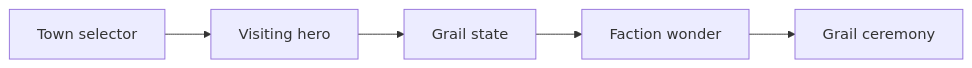
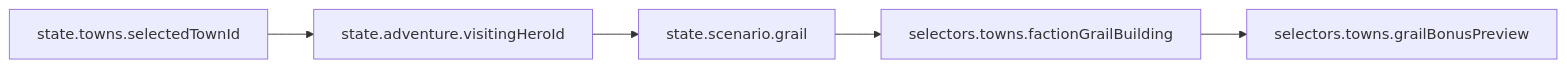
The second of 5 diagrams in docs/architecture/wiki/screens/31-grail-building/architecture.md (SunaNoOshiro/Heroes_Reforged_AI_Realms), drawn with Mermaid before and after one commit. The commit also changed other lines of this file and 518 other files, not shown here.

First line of the commit message:
Add doc-audit skill and sweep architecture/screen docs

````diff
--- a/docs/architecture/wiki/screens/31-grail-building/architecture.md
+++ b/docs/architecture/wiki/screens/31-grail-building/architecture.md
@@ -32,8 +34,7 @@
 ```mermaid
 flowchart LR
-  L0["Town selector"] --> L1
-  L1["Visiting hero"] --> L2
-  L2["Grail state"] --> L3
-  L3["Faction wonder"] --> L4
-  L4["Grail ceremony"]
+  L0["state.towns.selectedTownId"] --> L1["state.adventure.visitingHeroId"]
+  L1 --> L2["state.scenario.grail"]
+  L2 --> L3["selectors.towns.factionGrailBuilding"]
+  L3 --> L4["selectors.towns.grailBonusPreview"]
 ```
````
